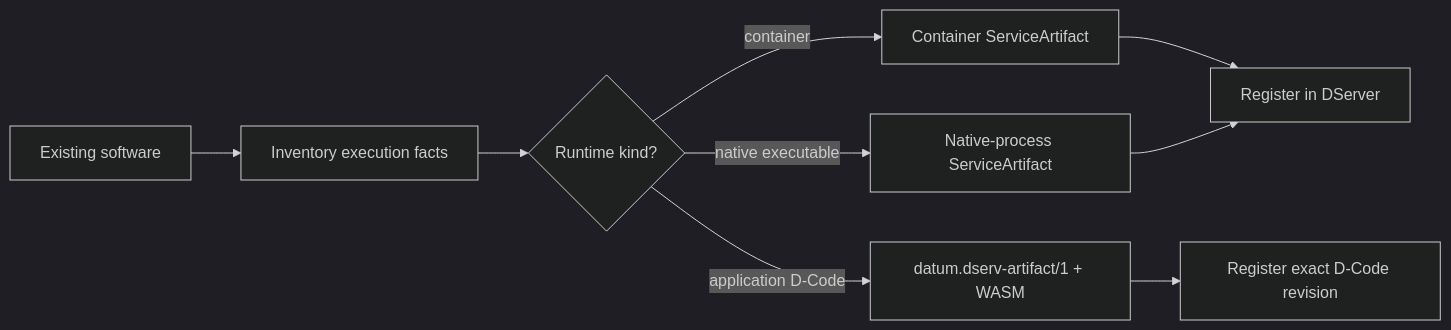
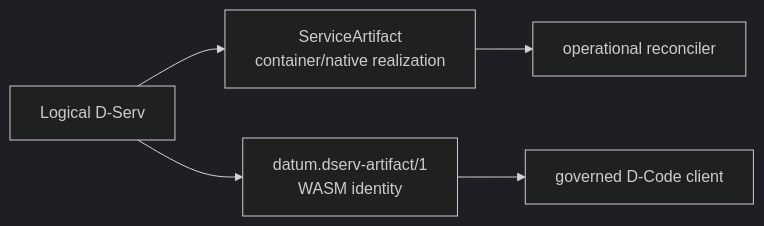
One commit to dnredson/datum-docs changed the diagram in docs/tutorials/model-existing-service.md. Above: the diagram before and after it, drawn with Mermaid (dark theme). The commit also changed other lines of this file, not shown here.

Commit message:
docs: rewrite service modeling tutorial for DATUM v1

````diff
--- a/docs/tutorials/model-existing-service.md
+++ b/docs/tutorials/model-existing-service.md
@@ -11,11 +170,7 @@
 ```mermaid
 flowchart LR
-    SW["Existing software"] --> Q["Inventory execution facts"]
-    Q --> K{"Runtime kind?"}
-    K -->|"container"| C["Container ServiceArtifact"]
-    K -->|"native executable"| N["Native-process ServiceArtifact"]
-    K -->|"application D-Code"| W["datum.dserv-artifact/1 + WASM"]
-    C --> R["Register in DServer"]
-    N --> R
-    W --> DR["Register exact D-Code revision"]
+    S["Logical D-Serv"] --> SA["ServiceArtifact\ncontainer/native realization"]
+    S --> DA["datum.dserv-artifact/1\nWASM identity"]
+    SA --> OP["operational reconciler"]
+    DA --> DC["governed D-Code client"]
 ```
````
